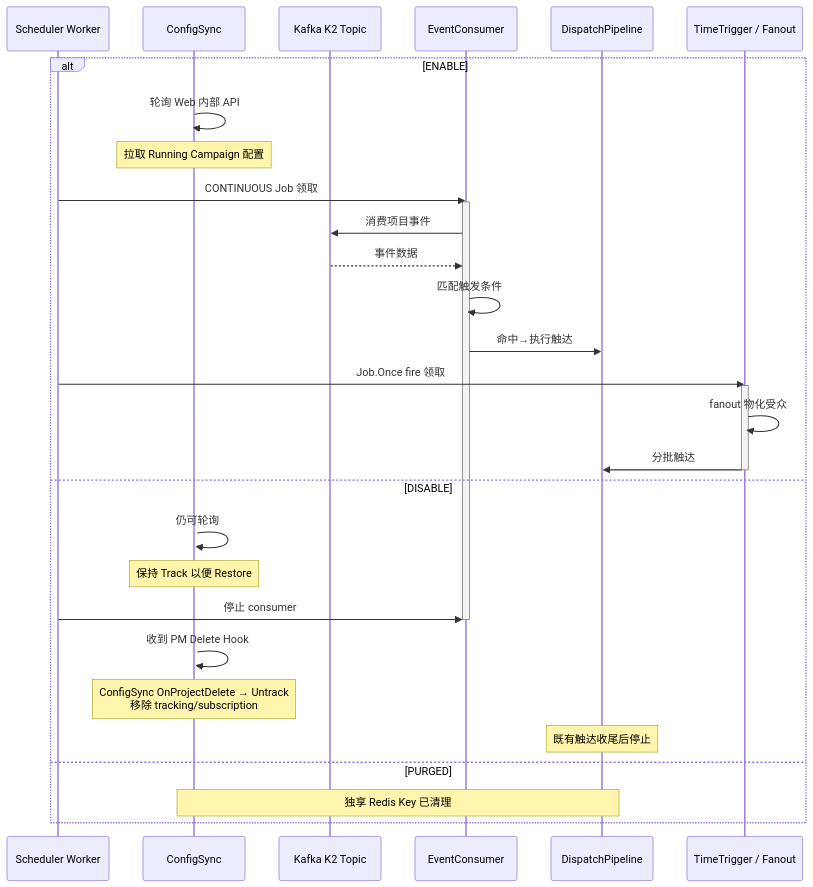
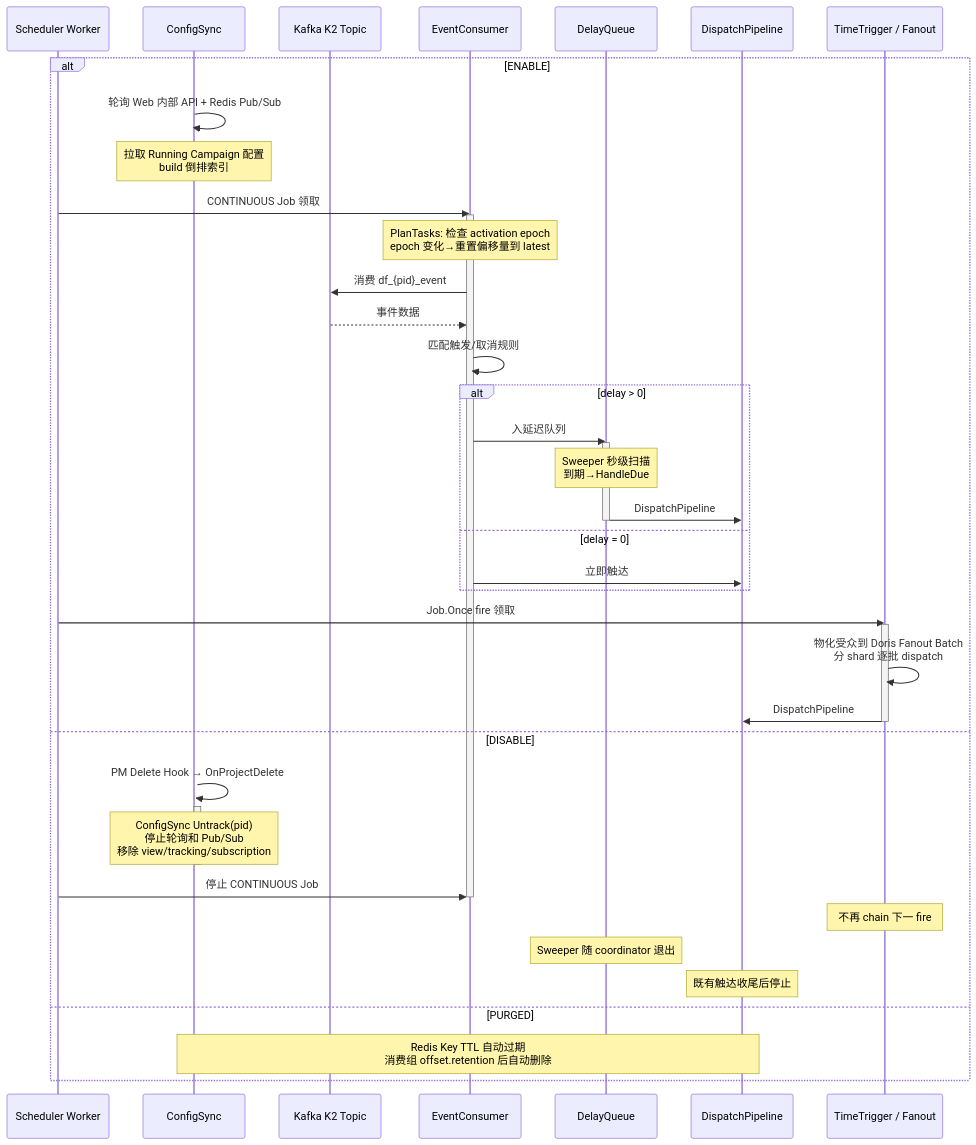
Diagram 21 of 21 in specs/20260716-Wave-Refac-OrganizationProjectLifecycle/04-detail.md (qinwenshiCH/workflow), drawn with Mermaid before and after one commit. The commit also changed other lines of this file and 2 other files, not shown here.

First line of the commit message:
fix: 按实际代码修正全部组件的生命周期文档 — 资源台账/生命周期图/流量变化图/PM改动

````diff
--- a/specs/20260716-Wave-Refac-OrganizationProjectLifecycle/04-detail.md
+++ b/specs/20260716-Wave-Refac-OrganizationProjectLifecycle/04-detail.md
@@ -1630,36 +1409,48 @@
 ```mermaid
 sequenceDiagram
     participant S as Scheduler Worker
     participant C as ConfigSync
     participant K as Kafka K2 Topic
     participant E as EventConsumer
+    participant Q as DelayQueue
     participant D as DispatchPipeline
     participant T as TimeTrigger / Fanout
 
     alt ENABLE
-        C->>C: 轮询 Web 内部 API
+        C->>C: 轮询 Web 内部 API + Redis Pub/Sub
         activate C
-        Note over C: 拉取 Running Campaign 配置
+        Note over C: 拉取 Running Campaign 配置<br/>build 倒排索引
         S->>E: CONTINUOUS Job 领取
         activate E
-        E->>K: 消费项目事件
+        Note over E: PlanTasks: 检查 activation epoch<br/>epoch 变化→重置偏移量到 latest
+        E->>K: 消费 df_{pid}_event
         K-->>E: 事件数据
-        E->>E: 匹配触发条件
-        E->>D: 命中→执行触达
+        E->>E: 匹配触发/取消规则
+        alt delay > 0
+            E->>Q: 入延迟队列
+            activate Q
+            Note over Q: Sweeper 秒级扫描<br/>到期→HandleDue
+            Q->>D: DispatchPipeline
+            deactivate Q
+        else delay = 0
+            E->>D: 立即触达
+        end
         S->>T: Job.Once fire 领取
         activate T
-        T->>T: fanout 物化受众
-        T->>D: 分批触达
+        T->>T: 物化受众到 Doris Fanout Batch<br/>分 shard 逐批 dispatch
+        T->>D: DispatchPipeline
         deactivate T
     else DISABLE
-        C->>C: 仍可轮询
-        Note over C: 保持 Track 以便 Restore
-        S->>E: 停止 consumer
+        C->>C: PM Delete Hook → OnProjectDelete
+        activate C
+        Note over C: ConfigSync Untrack(pid)<br/>停止轮询和 Pub/Sub<br/>移除 view/tracking/subscription
+        deactivate C
+        S->>E: 停止 CONTINUOUS Job
         deactivate E
-        C->>C: 收到 PM Delete Hook
-        Note over C: ConfigSync OnProjectDelete → Untrack<br/>移除 tracking/subscription
+        Note over T: 不再 chain 下一 fire
+        Note over Q: Sweeper 随 coordinator 退出
         Note over D: 既有触达收尾后停止
     else PURGED
-        Note over C,D: 独享 Redis Key 已清理
+        Note over C,D: Redis Key TTL 自动过期<br/>消费组 offset.retention 后自动删除
     end
 ```
````
